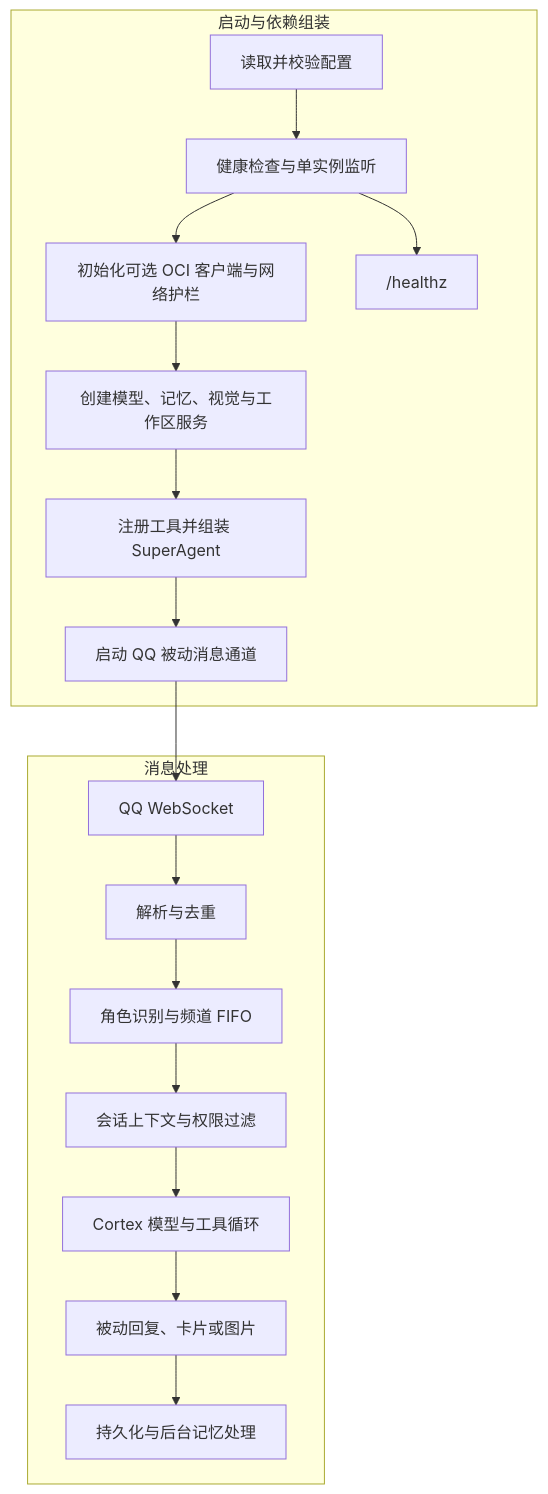
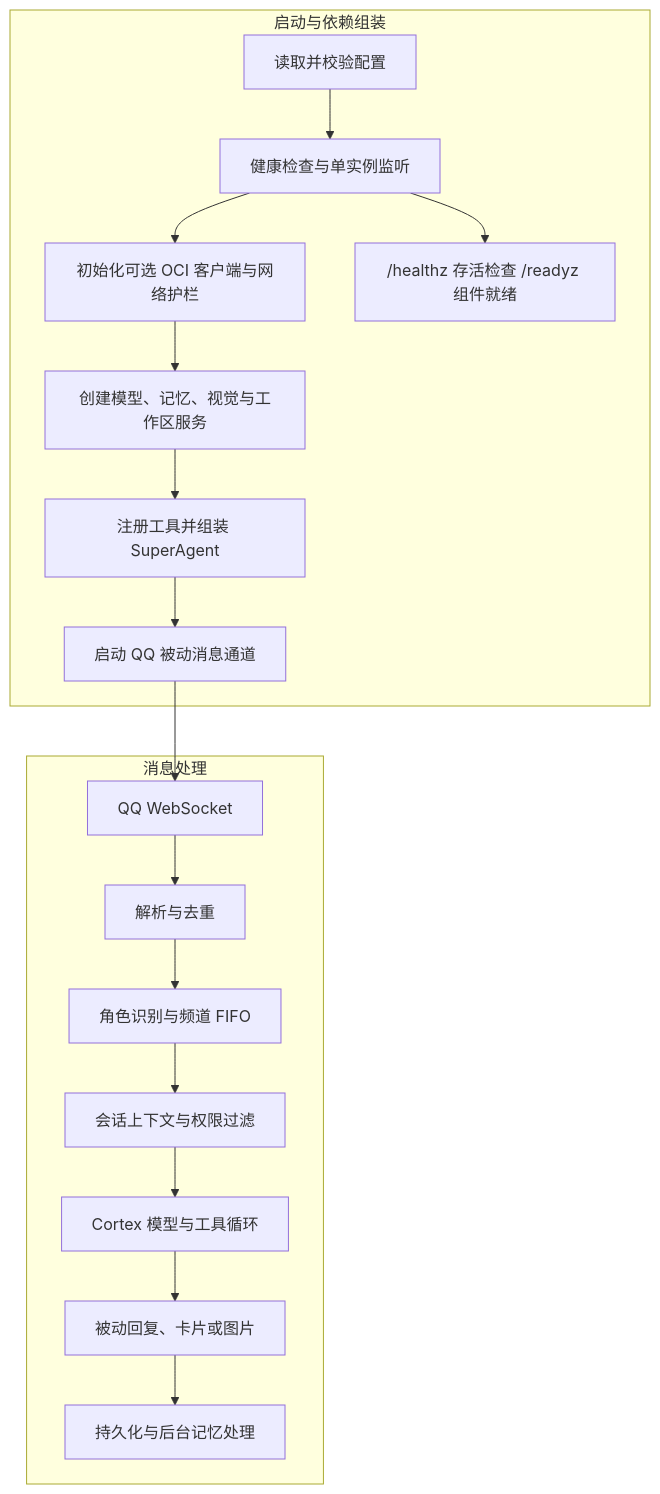
The diagram in docs/workflow.md (Ruixi-rebirth/daidai), drawn with Mermaid before and after one commit. The commit also changed other lines of this file and 62 other files, not shown here.

````diff
--- a/docs/workflow.md
+++ b/docs/workflow.md
@@ -7,22 +7,22 @@
 ```mermaid
 graph TD
     subgraph Boot [启动与依赖组装]
         A["读取并校验配置"] --> B["健康检查与单实例监听"]
         B --> C["初始化可选 OCI 客户端与网络护栏"]
         C --> D["创建模型、记忆、视觉与工作区服务"]
         D --> E["注册工具并组装 SuperAgent"]
         E --> F["启动 QQ 被动消息通道"]
-        B --> G["/healthz"]
+        B --> G["/healthz 存活检查 /readyz 组件就绪"]
     end
 
     subgraph Message [消息处理]
         H["QQ WebSocket"] --> I["解析与去重"]
         I --> J["角色识别与频道 FIFO"]
         J --> K["会话上下文与权限过滤"]
         K --> L["Cortex 模型与工具循环"]
         L --> M["被动回复、卡片或图片"]
         M --> N["持久化与后台记忆处理"]
     end
 
     F --> H
 ```
````
